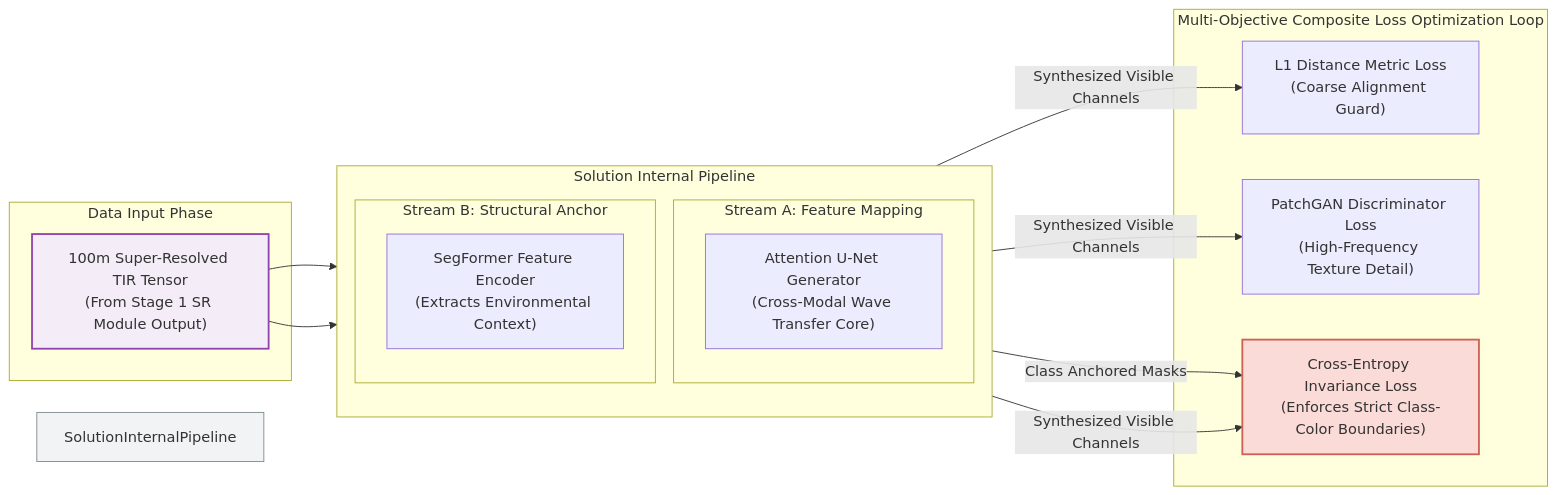
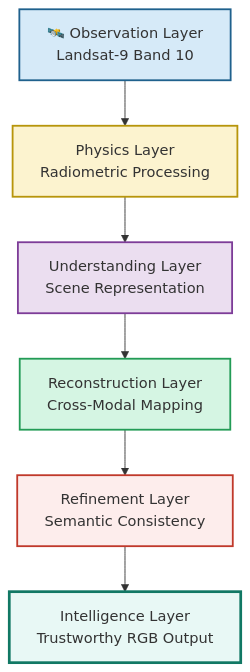
The second of 2 diagrams in PPT-diagrams/diagrams.md (KavyaSharma1806/IR-image-colorization), drawn with Mermaid before and after one commit. The commit also changed other lines of this file and 1 other file, not shown here.

Commit message:
Revise overview and diagrams for SMART-VIS framework, enhancing clarity on thermal-to-visible reconstruction principles and addressing limitations of existing approaches.

````diff
--- a/PPT-diagrams/diagrams.md
+++ b/PPT-diagrams/diagrams.md
@@ -73,35 +224,28 @@
 ```mermaid
-graph LR
-    subgraph Data Input Phase
-        TIR_In["100m Super-Resolved TIR Tensor<br/>(From Stage 1 SR Module Output)"]
-    end
+flowchart TB
 
-    subgraph Solution Internal Pipeline
-        direction TB
-        subgraph Stream A: Feature Mapping
-            Net_Gen["Attention U-Net Generator<br/>(Cross-Modal Wave Transfer Core)"]
-        end
-        subgraph Stream B: Structural Anchor
-            Net_Sem["SegFormer Feature Encoder<br/>(Extracts Environmental Context)"]
-        end
-    end
+A["🛰️ Observation Layer<br/>Landsat-9 Band 10"]
 
-    subgraph Multi-Objective Composite Loss Optimization Loop
-        L1["L1 Distance Metric Loss<br/>(Coarse Alignment Guard)"]
-        Adv["PatchGAN Discriminator Loss<br/>(High-Frequency Texture Detail)"]
-        SemLoss["Cross-Entropy Invariance Loss<br/>(Enforces Strict Class-Color Boundaries)"]
-    end
+B["Physics Layer<br/>Radiometric Processing"]
 
-    TIR_In --> Net_Gen
-    TIR_In --> Net_Sem
+C["Understanding Layer<br/>Scene Representation"]
 
-    Net_Gen -->|"Synthesized Visible Channels"| L1
-    Net_Gen -->|"Synthesized Visible Channels"| Adv
+D["Reconstruction Layer<br/>Cross-Modal Mapping"]
 
-    Net_Sem -->|"Class Anchored Masks"| SemLoss
-    Net_Gen -->|"Synthesized Visible Channels"| SemLoss
+E["Refinement Layer<br/>Semantic Consistency"]
 
-    style TIR_In fill:#f4ecf7,stroke:#8e44ad,stroke-width:2px
-    style SolutionInternalPipeline fill:#f2f3f4,stroke:#7f8c8d
-    style SemLoss fill:#fadbd8,stroke:#cd6155,stroke-width:2px
+F["Intelligence Layer<br/>Trustworthy RGB Output"]
+
+A --> B
+B --> C
+C --> D
+D --> E
+E --> F
+
+style A fill:#D6EAF8,stroke:#1F618D,stroke-width:2px
+style B fill:#FCF3CF,stroke:#B7950B,stroke-width:2px
+style C fill:#EBDEF0,stroke:#7D3C98,stroke-width:2px
+style D fill:#D5F5E3,stroke:#239B56,stroke-width:2px
+style E fill:#FDEDEC,stroke:#C0392B,stroke-width:2px
+style F fill:#E8F8F5,stroke:#117864,stroke-width:3px
 ```
````
